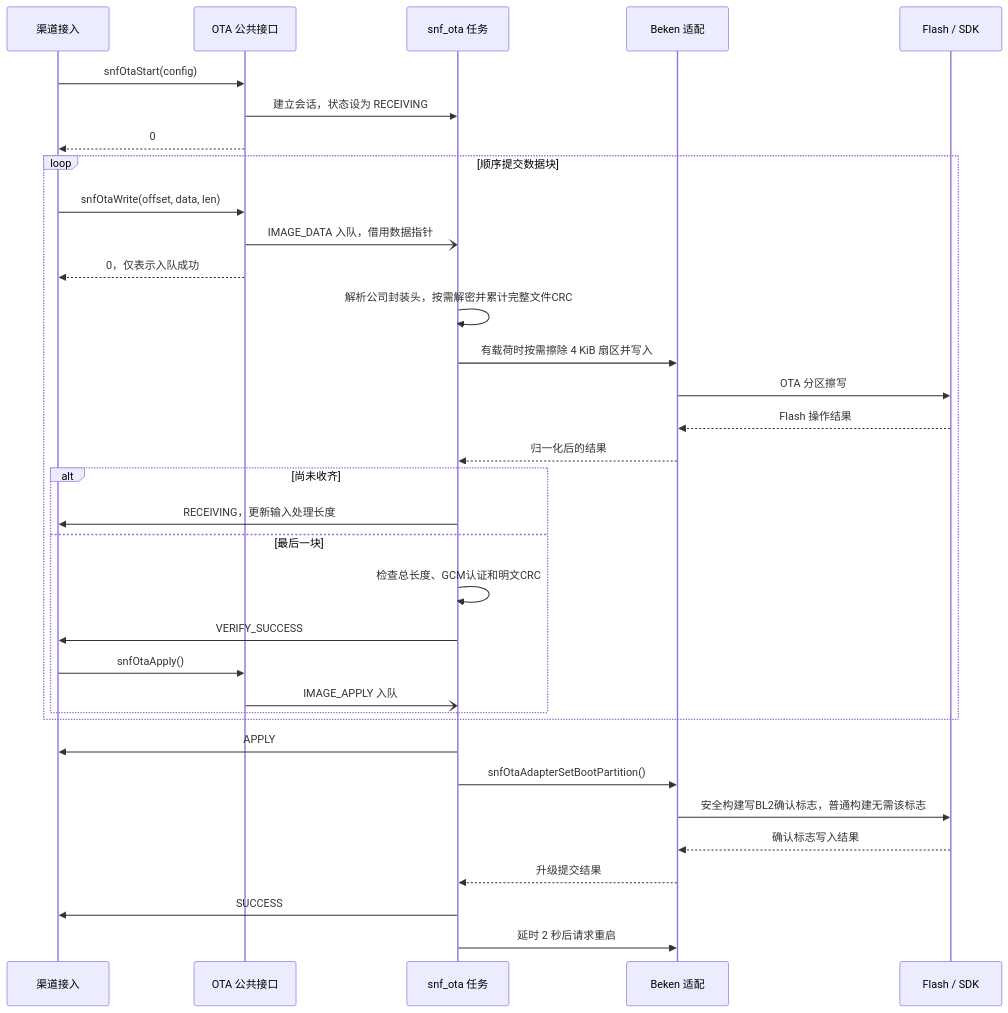
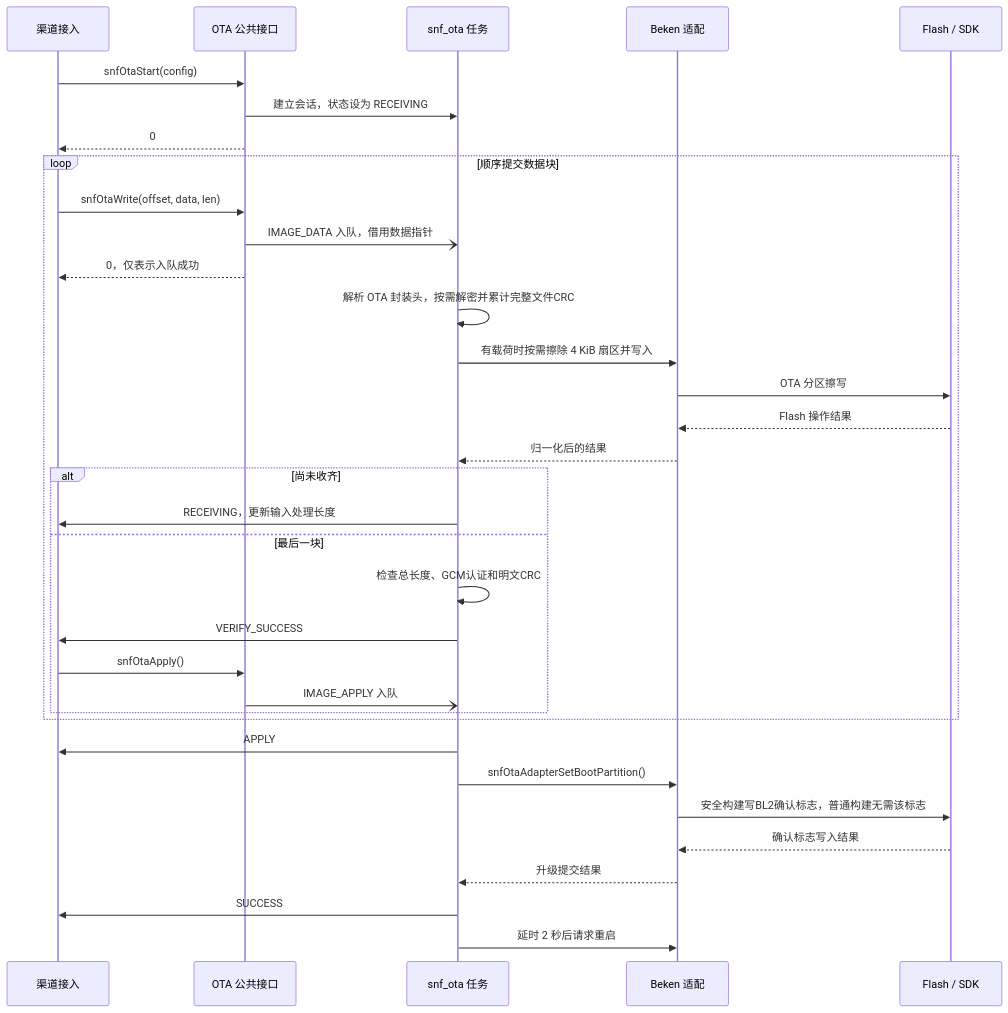
The third of 5 diagrams in docs/ota.md (dragonxiaoex/bk7239), drawn with Mermaid before and after one commit. The commit also changed other lines of this file and 38 other files, not shown here.

````diff
--- a/docs/ota.md
+++ b/docs/ota.md
@@ -262,36 +237,36 @@
 ```mermaid
 sequenceDiagram
     participant ingress as 渠道接入
     participant api as OTA 公共接口
     participant worker as snf_ota 任务
     participant adapter as Beken 适配
     participant flash as Flash / SDK
     ingress->>api: snfOtaStart(config)
     api->>worker: 建立会话，状态设为 RECEIVING
     api-->>ingress: 0
     loop 顺序提交数据块
         ingress->>api: snfOtaWrite(offset, data, len)
         api-)worker: IMAGE_DATA 入队，借用数据指针
         api-->>ingress: 0，仅表示入队成功
-        worker->>worker: 解析公司封装头，按需解密并累计完整文件CRC
+        worker->>worker: 解析 OTA 封装头，按需解密并累计完整文件CRC
         worker->>adapter: 有载荷时按需擦除 4 KiB 扇区并写入
         adapter->>flash: OTA 分区擦写
         flash-->>adapter: Flash 操作结果
         adapter-->>worker: 归一化后的结果
         alt 尚未收齐
             worker->>ingress: RECEIVING，更新输入处理长度
         else 最后一块
             worker->>worker: 检查总长度、GCM认证和明文CRC
             worker->>ingress: VERIFY_SUCCESS
             ingress->>api: snfOtaApply()
             api-)worker: IMAGE_APPLY 入队
         end
     end
     worker->>ingress: APPLY
     worker->>adapter: snfOtaAdapterSetBootPartition()
     adapter->>flash: 安全构建写BL2确认标志，普通构建无需该标志
     flash-->>adapter: 确认标志写入结果
     adapter-->>worker: 升级提交结果
     worker->>ingress: SUCCESS
     worker->>adapter: 延时 2 秒后请求重启
 ```
````
